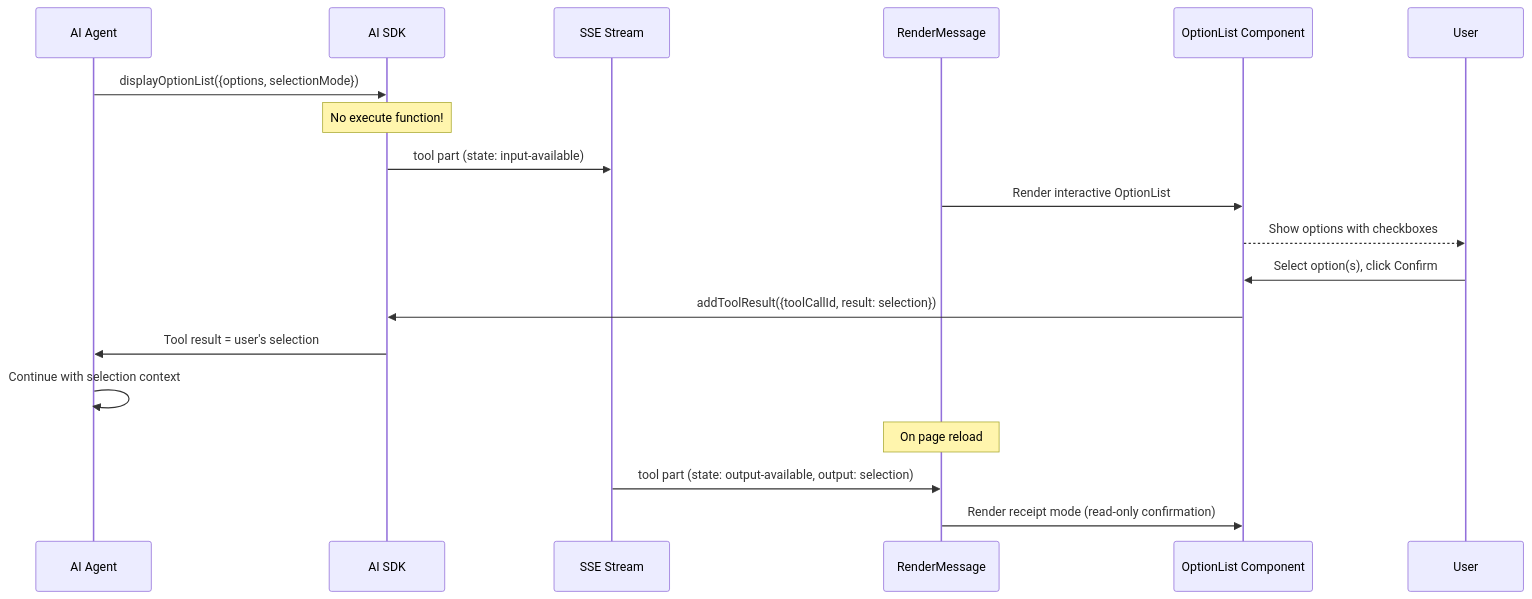
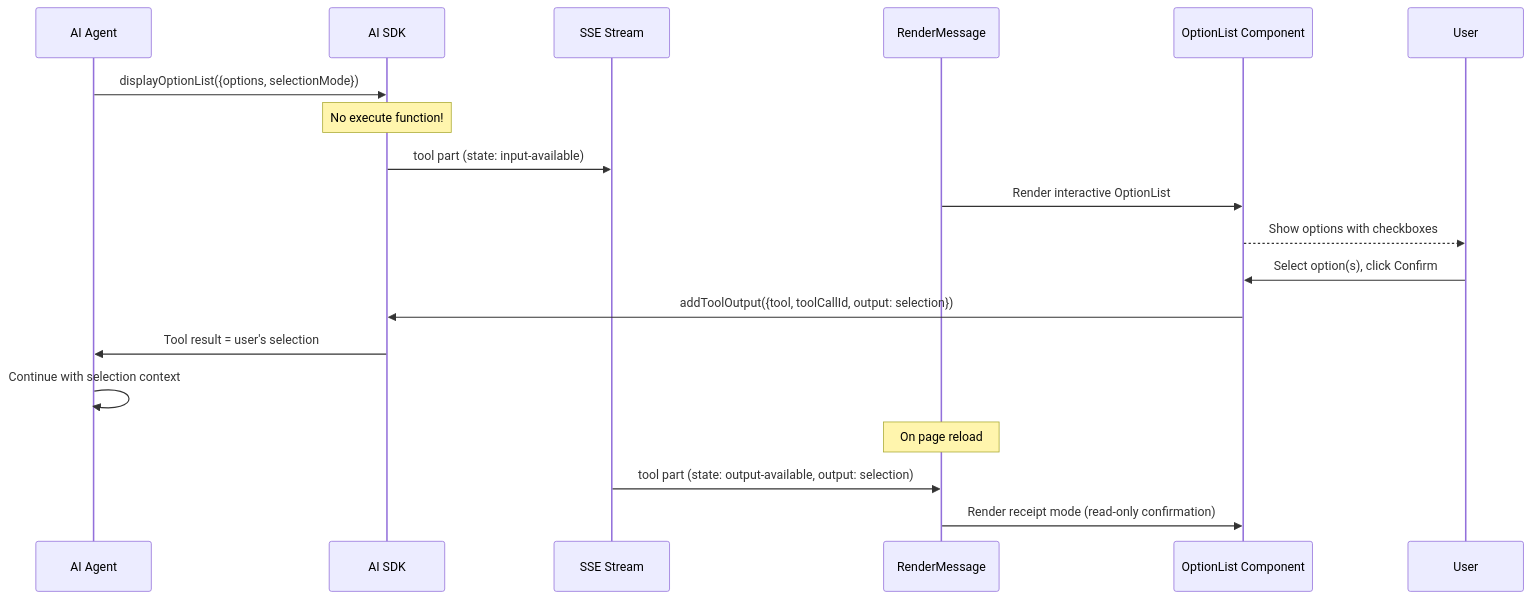
Before and after one commit to NickB03/polymorph: the fifth of 5 diagrams in docs/architecture/GENERATIVE-UI.md, drawn with Mermaid. The commit also changed other lines of this file and 53 other files, not shown here.

````diff
--- a/docs/architecture/GENERATIVE-UI.md
+++ b/docs/architecture/GENERATIVE-UI.md
@@ -650,26 +650,26 @@
 ```mermaid
 sequenceDiagram
     participant Agent as AI Agent
     participant SDK as AI SDK
     participant Stream as SSE Stream
     participant Render as RenderMessage
     participant OL as OptionList Component
     participant User as User
 
     Agent->>SDK: displayOptionList({options, selectionMode})
     Note over SDK: No execute function!
     SDK->>Stream: tool part (state: input-available)
 
     Render->>OL: Render interactive OptionList
     OL-->>User: Show options with checkboxes
 
     User->>OL: Select option(s), click Confirm
-    OL->>SDK: addToolResult({toolCallId, result: selection})
+    OL->>SDK: addToolOutput({tool, toolCallId, output: selection})
 
     SDK->>Agent: Tool result = user's selection
     Agent->>Agent: Continue with selection context
 
     Note over Render: On page reload
     Stream->>Render: tool part (state: output-available, output: selection)
     Render->>OL: Render receipt mode (read-only confirmation)
 ```
````
